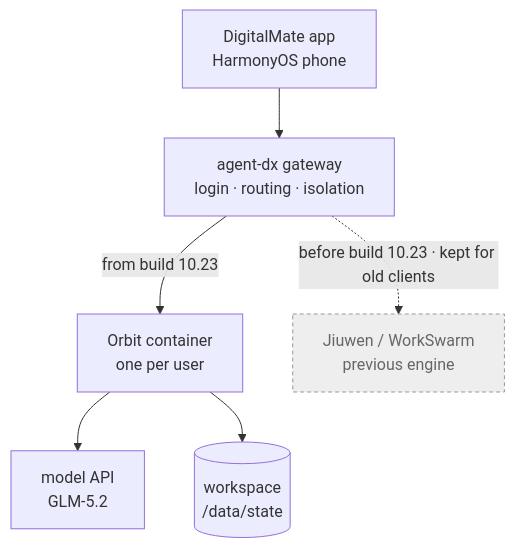
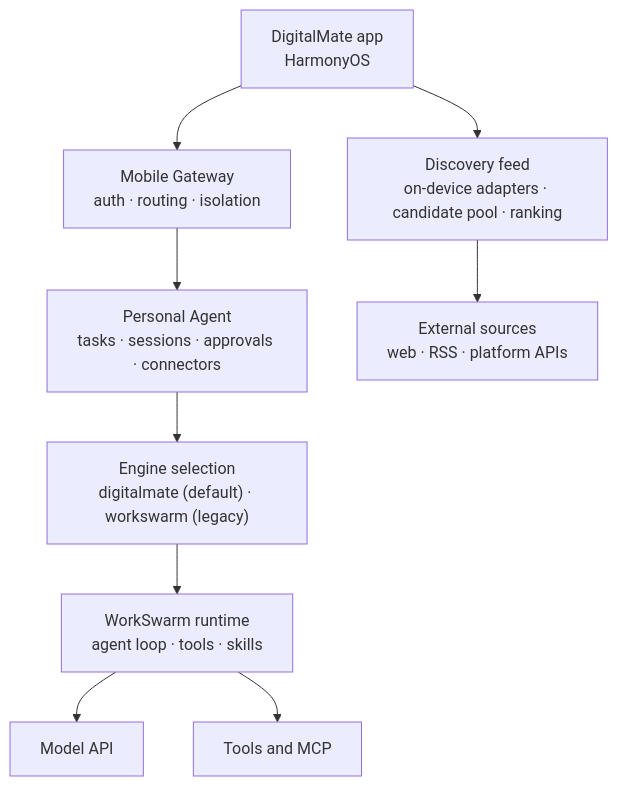
One commit to michaelatamuk/agentic-desk changed the diagram in company/digitalmate/overview.md. Above: the diagram before and after it, drawn with Mermaid. The commit also changed other lines of this file and 3 other files, not shown here.

````diff
--- a/company/digitalmate/overview.md
+++ b/company/digitalmate/overview.md
@@ -23,10 +27,11 @@
 ```mermaid
 flowchart TD
-  P["DigitalMate app<br/>HarmonyOS phone"] --> G["agent-dx gateway<br/>login · routing · isolation"]
-  G -->|"from build 10.23"| O["Orbit container<br/>one per user"]
-  G -.->|"before build 10.23 · kept for old clients"| J["Jiuwen / WorkSwarm<br/>previous engine"]
-  O --> M["model API<br/>GLM-5.2"]
-  O --> W[("workspace<br/>/data/state")]
-  classDef old fill:#eeeeee,stroke:#999999,color:#666666,stroke-dasharray:4 3;
-  class J old;
+  P["DigitalMate app<br/>HarmonyOS"] --> G["Mobile Gateway<br/>auth · routing · isolation"]
+  G --> A["Personal Agent<br/>tasks · sessions · approvals · connectors"]
+  A --> E["Engine selection<br/>digitalmate (default) · workswarm (legacy)"]
+  E --> W["WorkSwarm runtime<br/>agent loop · tools · skills"]
+  W --> M["Model API"]
+  W --> T["Tools and MCP"]
+  P --> D["Discovery feed<br/>on-device adapters · candidate pool · ranking"]
+  D --> S["External sources<br/>web · RSS · platform APIs"]
 ```
````
